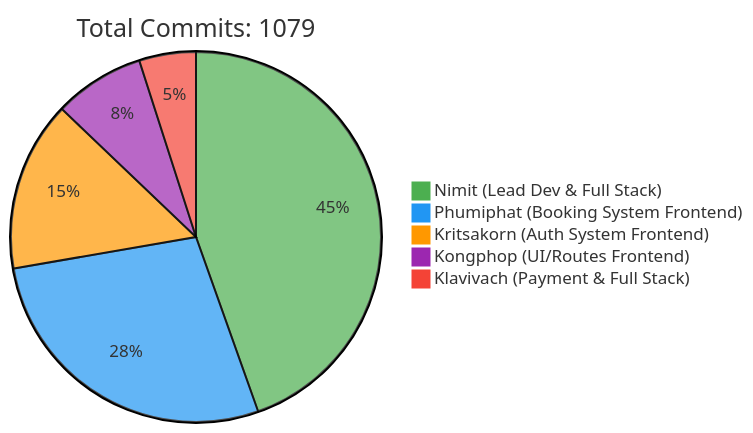
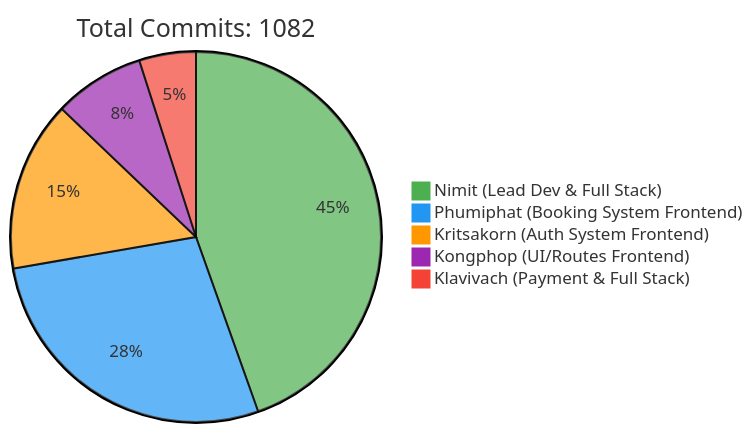
One commit to 6531503042/Sport-Complex changed the first of 2 diagrams in README.md. Above: the diagram before and after it, drawn with Mermaid. The commit also changed other lines of this file, not shown here.

Commit message:
docs: Update contributor statistics [skip ci]

````diff
--- a/README.md
+++ b/README.md
@@ -257,10 +257,10 @@
 ```mermaid
 %%{init: {'theme': 'base', 'themeVariables': { 'pie1': '#4CAF50', 'pie2': '#2196F3', 'pie3': '#FF9800', 'pie4': '#9C27B0', 'pie5': '#F44336'}}}%%
 pie
-    title Total Commits: 1079
+    title Total Commits: 1082
     "Nimit (Lead Dev & Full Stack)" : 450
     "Phumiphat (Booking System Frontend)" : 280
     "Kritsakorn (Auth System Frontend)" : 150
     "Kongphop (UI/Routes Frontend)" : 80
     "Klavivach (Payment & Full Stack)" : 50
 ```
````
